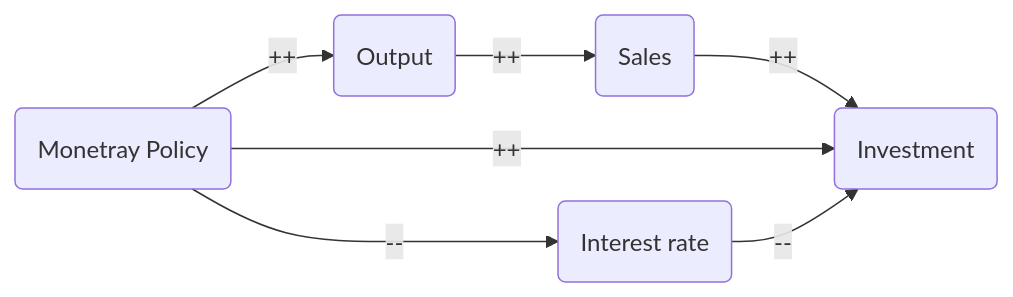
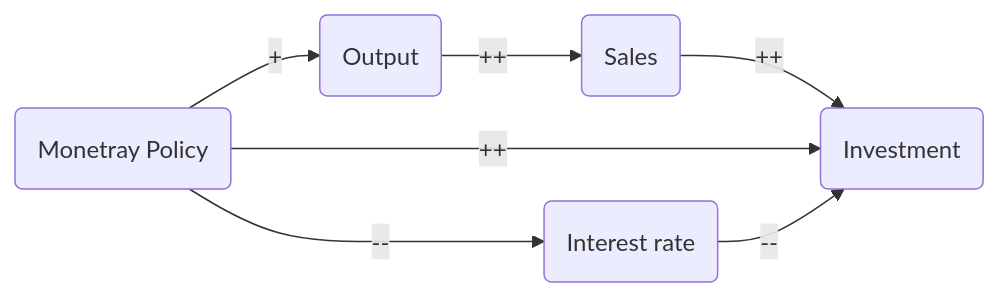
One commit to JermaineChen404/JermaineChen404.github.io changed the third of 4 diagrams in docs/ECON2123/The IS-LM Model.md. Above: the diagram before and after it, drawn with Mermaid.

Commit message:
Update The IS-LM Model.md

````diff
--- a/docs/ECON2123/The IS-LM Model.md
+++ b/docs/ECON2123/The IS-LM Model.md
@@ -142,9 +142,9 @@
 ```mermaid
 flowchart LR
-	6(Monetray Policy) -->|++|7(Output)
+	6(Monetray Policy) -->|+|7(Output)
 	6 -->|--| 8(Interest rate)
 	7 -->|++| 9(Sales)
 	9 -->|++| 10(Investment)
 	6 -->|++| 10
 	8 -->|--| 10
 ```
````
